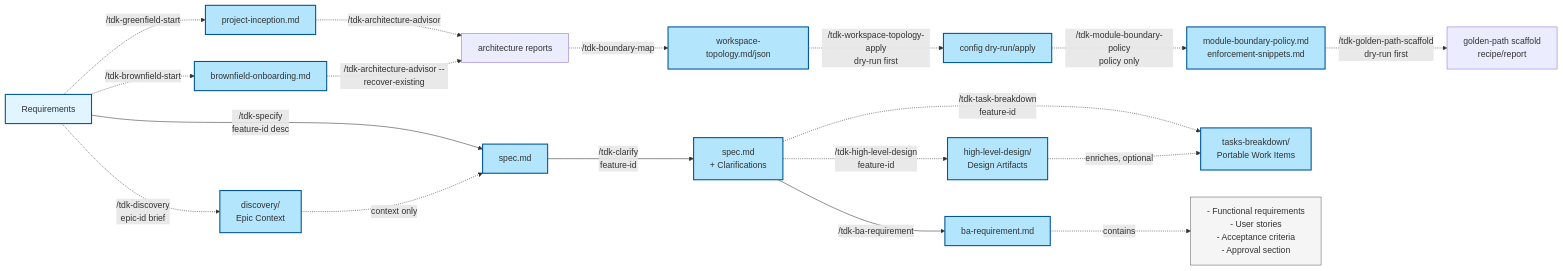
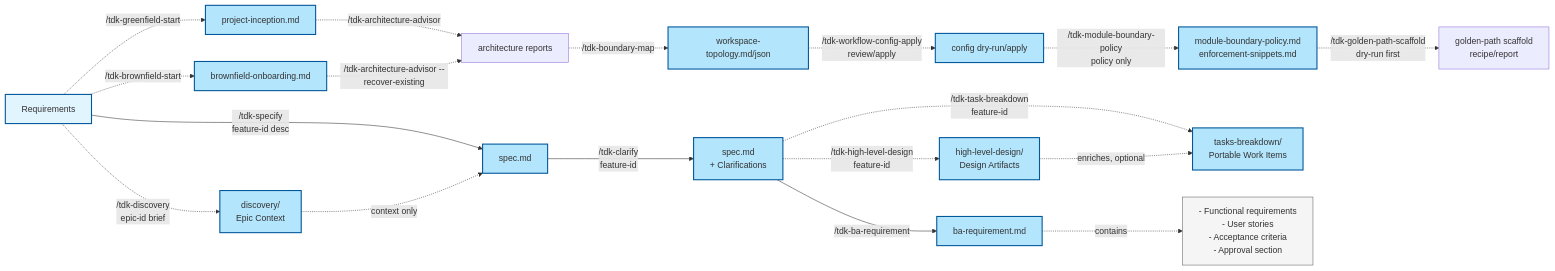
The second of 8 diagrams in .specify/docs/en/guides/document-flow.md (vinhltt/tdk), drawn with Mermaid before and after one commit. The commit also changed other lines of this file and 67 other files, not shown here.

````diff
--- a/.specify/docs/en/guides/document-flow.md
+++ b/.specify/docs/en/guides/document-flow.md
@@ -96,44 +96,44 @@
 ```mermaid
 flowchart LR
     REQ[Requirements]
     GREENFIELD_INCEPTION[project-inception.md]
     BROWNFIELD_ONBOARDING[brownfield-onboarding.md]
     ARCHITECTURE_REPORTS[architecture reports]
     TOPOLOGY[workspace-topology.md/json]
     CONFIG_PATCH[config dry-run/apply]
     POLICY[module-boundary-policy.md<br/>enforcement-snippets.md]
     GOLDEN_PATH[golden-path scaffold<br/>recipe/report]
     DISCOVERY[discovery/<br/>Epic Context]
     SPEC[spec.md]
     SPEC_CLAR[spec.md<br/>+ Clarifications]
     HLD[high-level-design/<br/>Design Artifacts]
     TASKS[tasks-breakdown/<br/>Portable Work Items]
     BA_REQ[ba-requirement.md]
 
     REQ -.->|"/tdk-greenfield-start"| GREENFIELD_INCEPTION
     REQ -.->|"/tdk-brownfield-start"| BROWNFIELD_ONBOARDING
     GREENFIELD_INCEPTION -.->|"/tdk-architecture-advisor"| ARCHITECTURE_REPORTS
     BROWNFIELD_ONBOARDING -.->|"/tdk-architecture-advisor --recover-existing"| ARCHITECTURE_REPORTS
     ARCHITECTURE_REPORTS -.->|"/tdk-boundary-map"| TOPOLOGY
-    TOPOLOGY -.->|"/tdk-workspace-topology-apply<br/>dry-run first"| CONFIG_PATCH
+    TOPOLOGY -.->|"/tdk-workflow-config-apply<br/>review/apply"| CONFIG_PATCH
     CONFIG_PATCH -.->|"/tdk-module-boundary-policy<br/>policy only"| POLICY
     POLICY -.->|"/tdk-golden-path-scaffold<br/>dry-run first"| GOLDEN_PATH
     REQ -.->|"/tdk-discovery<br/>epic-id brief"| DISCOVERY
     REQ -->|"/tdk-specify<br/>feature-id desc"| SPEC
     DISCOVERY -.->|"context only"| SPEC
     SPEC -->|"/tdk-clarify<br/>feature-id"| SPEC_CLAR
     SPEC_CLAR -.->|"/tdk-high-level-design<br/>feature-id"| HLD
     SPEC_CLAR -.->|"/tdk-task-breakdown<br/>feature-id"| TASKS
     HLD -.->|"enriches, optional"| TASKS
     SPEC_CLAR -->|"/tdk-ba-requirement"| BA_REQ
 
     BA_REQ -.->|contains| CONTENT["- Functional requirements<br/>- User stories<br/>- Acceptance criteria<br/>- Approval section"]
 
     classDef input fill:#e1f5ff,stroke:#01579b,stroke-width:2px
     classDef output fill:#b3e5fc,stroke:#01579b,stroke-width:2px
     classDef note fill:#f5f5f5,stroke:#616161,stroke-width:1px
 
     class REQ input
     class GREENFIELD_INCEPTION,BROWNFIELD_ONBOARDING,TOPOLOGY,CONFIG_PATCH,POLICY,DISCOVERY,SPEC,SPEC_CLAR,HLD,TASKS,BA_REQ output
     class CONTENT note
 ```
````
